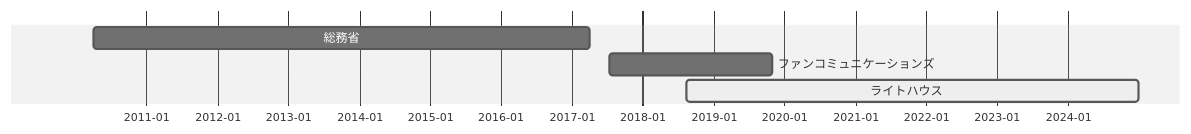
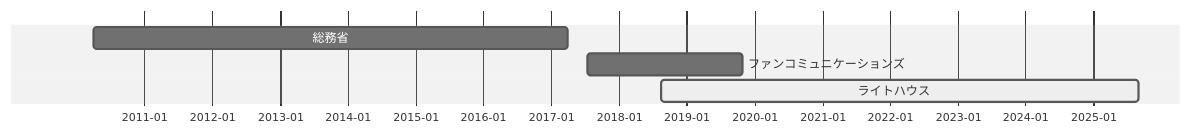
Before and after one commit to iHideck/resume: the diagram in README.md, drawn with Mermaid (neutral theme).

````diff
--- a/README.md
+++ b/README.md
@@ -22,9 +22,9 @@
 ```mermaid
 gantt
     dateFormat YYYY-MM-DD
     axisFormat  %Y-%m
     tickInterval 12month
     総務省 :job1, 2010-04-01,2017-03-31
     ファンコミュニケーションズ　:job2, 2017-07-15,2019-10-31
-    ライトハウス　: active, job3, 2018-08-15, 2024-12-31
+    ライトハウス　: active, job3, 2018-08-15, 2025-08-31
 ```
````
